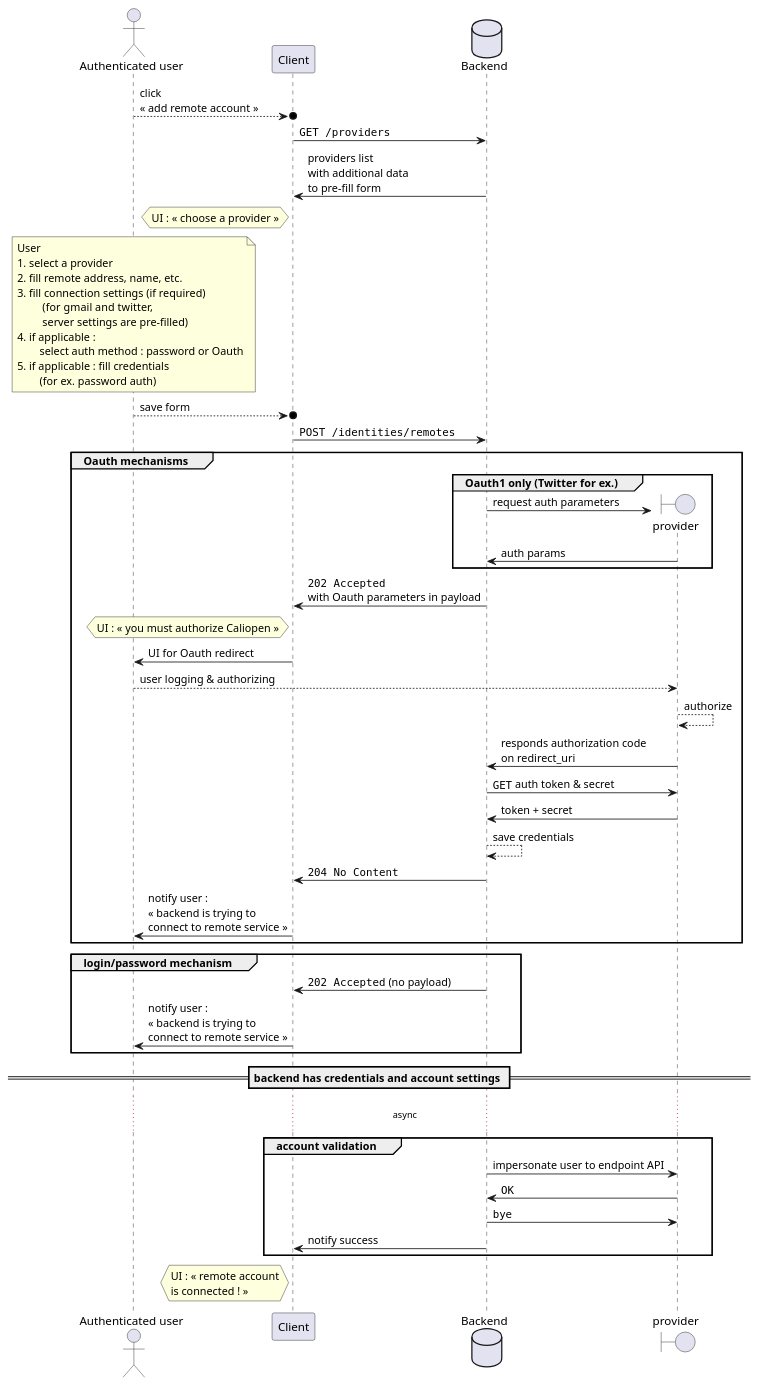
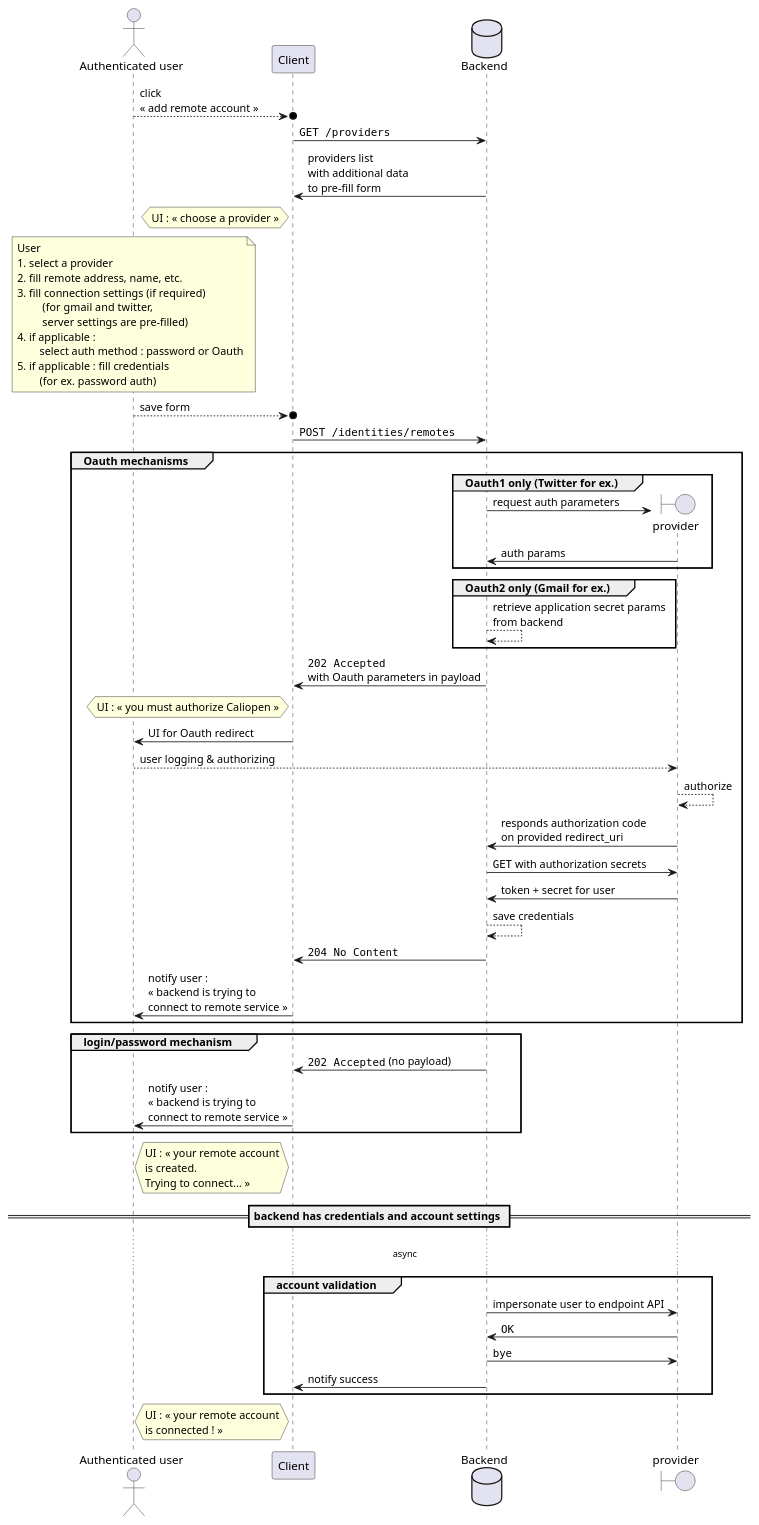
Before and after one commit to oricis/Caliopen: the diagram in doc/specifications/identities/Remote-identities-creation-diagram.puml, drawn with PlantUML.

Commit message:
Fix typos in puml.

```diff
--- a/doc/specifications/identities/Remote-identities-creation-diagram.puml
+++ b/doc/specifications/identities/Remote-identities-creation-diagram.puml
@@ -1,54 +1,58 @@
 @startuml
 actor "Authenticated user" as user
 participant "Client" as client
 database "Backend" as backend
 user -->o client: click\n« add remote account »
 client -> backend: ""GET /providers""
 backend -> client: providers list\nwith additional data\nto pre-fill form
 hnote left client: UI : « choose a provider »
 note over user
 User
 1. select a provider
 2. fill remote address, name, etc.
 3. fill connection settings (if required)
          (for gmail and twitter,
          server settings are pre-filled)
 4. if applicable :
         select auth method : password or Oauth
 5. if applicable : fill credentials
         (for ex. password auth)
 end note
 user -->o client: save form
 client -> backend: ""POST /identities/remotes""
 group Oauth mechanisms
 group Oauth1 only (Twitter for ex.)
 create boundary provider
 backend -> provider: request auth parameters
 provider -> backend: auth params
 end
+group Oauth2 only (Gmail for ex.)
+backend --> backend: retrieve application secret params\nfrom backend
+end
 backend -> client: ""202 Accepted""\nwith Oauth parameters in payload
 hnote left client: UI : « you must authorize Caliopen »
 client -> user: UI for Oauth redirect
 user --> provider: user logging & authorizing
 provider --> provider: authorize
-provider -> backend: responds authorization code\non redirect_uri
-backend -> provider: ""GET"" auth token & secret
-provider -> backend: token + secret
+provider -> backend: responds authorization code\non provided redirect_uri
+backend -> provider: ""GET"" with authorization secrets
+provider -> backend: token + secret for user
 backend --> backend: save credentials
 backend -> client: ""204 No Content""
 client -> user: notify user :\n« backend is trying to\nconnect to remote service »
 end
 group login/password mechanism
 backend -> client: ""202 Accepted"" (no payload)
 client -> user: notify user :\n« backend is trying to\nconnect to remote service »
 end
+hnote left client: UI : « your remote account\nis created.\nTrying to connect… »
 == backend has credentials and account settings ==
 ... async  ...
 group account validation
 backend -> provider: impersonate user to endpoint API
 provider -> backend: ""OK""
 backend -> provider: ""bye""
 backend -> client: notify success
 end
-hnote left client: UI : « remote account\nis connected ! »
+hnote left client: UI : « your remote account\nis connected ! »
 @enduml
```
